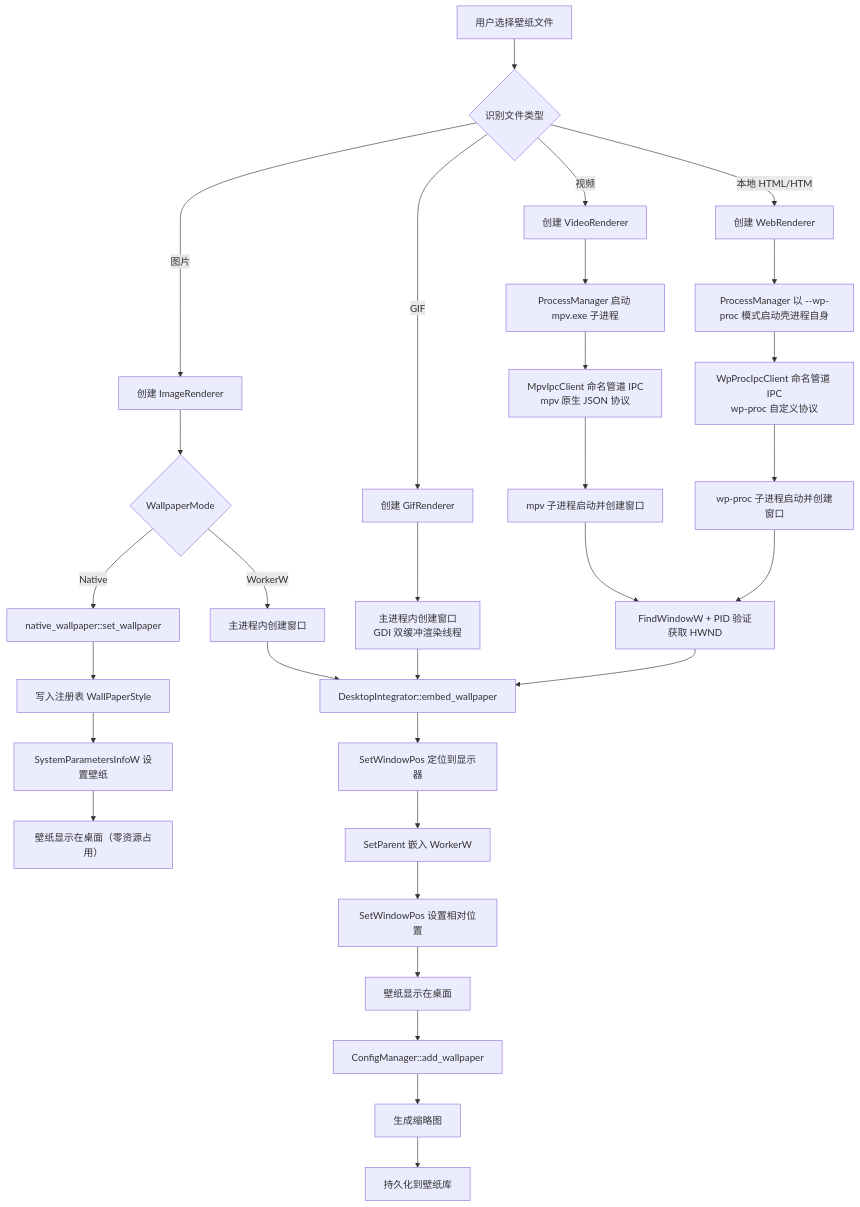
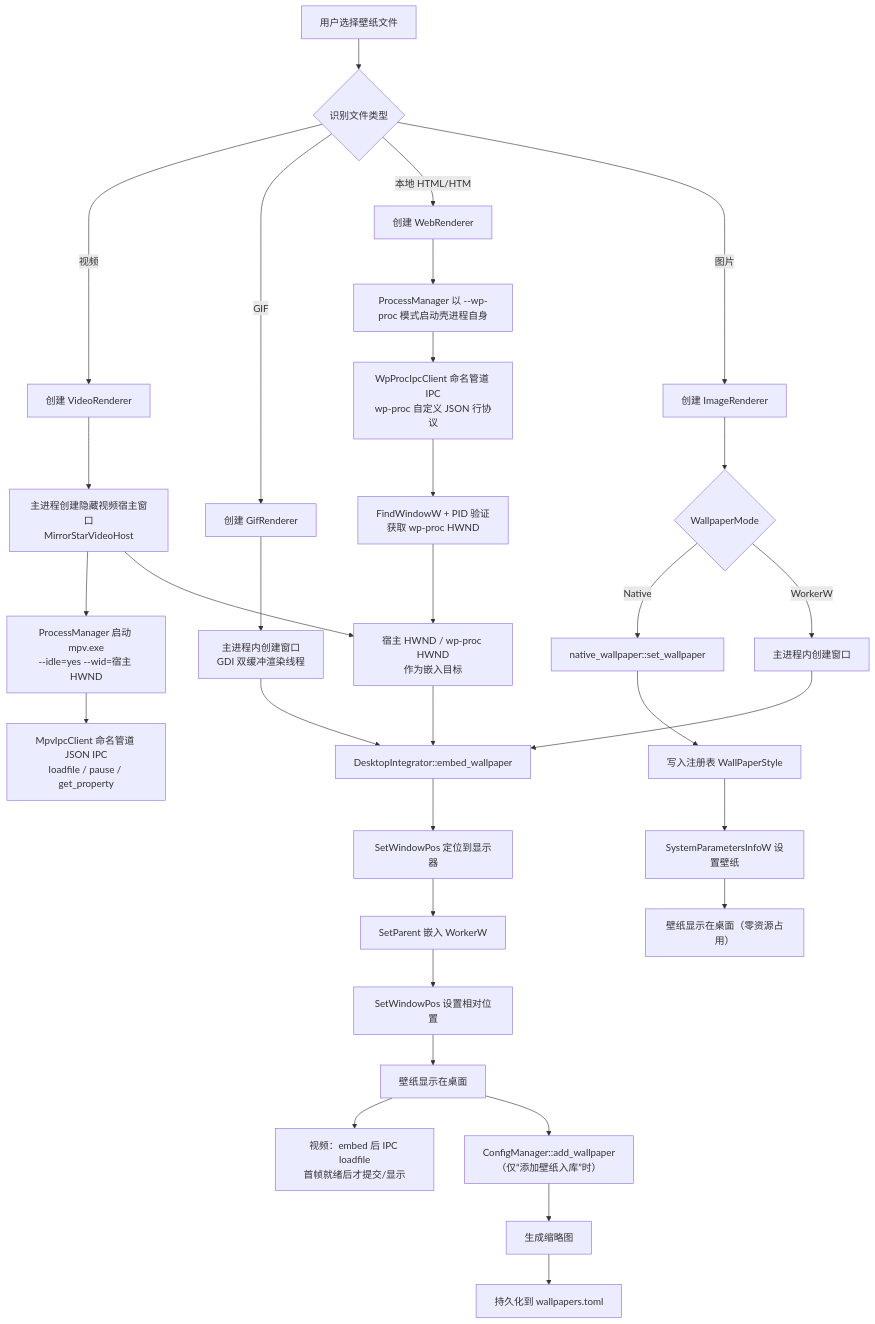
The second of 5 diagrams in docs/02-架构与技术栈/08-依赖与数据流-Dependency-and-Data-Flow.md (Wunseol/mirrorstar-wallpaper), drawn with Mermaid before and after one commit. The commit also changed other lines of this file and 36 other files, not shown here.

````diff
--- a/docs/02-架构与技术栈/08-依赖与数据流-Dependency-and-Data-Flow.md
+++ b/docs/02-架构与技术栈/08-依赖与数据流-Dependency-and-Data-Flow.md
@@ -75,40 +108,41 @@
 ```mermaid
 flowchart TD
     A[用户选择壁纸文件] --> B{识别文件类型}
     B -->|视频| C1[创建 VideoRenderer]
     B -->|GIF| C2[创建 GifRenderer]
     B -->|本地 HTML/HTM| C3[创建 WebRenderer]
     B -->|图片| C4[创建 ImageRenderer]
 
-    C1 --> D1[ProcessManager 启动 mpv.exe 子进程]
-    D1 --> D1a[MpvIpcClient 命名管道 IPC<br/>mpv 原生 JSON 协议]
+    C1 --> D1b[主进程创建隐藏视频宿主窗口<br/>MirrorStarVideoHost]
+    D1b --> D1[ProcessManager 启动 mpv.exe<br/>--idle=yes --wid=宿主 HWND]
+    D1 --> D1a[MpvIpcClient 命名管道 JSON IPC<br/>loadfile / pause / get_property]
     C3 --> D2[ProcessManager 以 --wp-proc 模式启动壳进程自身]
-    D2 --> D2a[WpProcIpcClient 命名管道 IPC<br/>wp-proc 自定义协议]
+    D2 --> D2a[WpProcIpcClient 命名管道 IPC<br/>wp-proc 自定义 JSON 行协议]
     C2 --> EW2[主进程内创建窗口<br/>GDI 双缓冲渲染线程]
     C4 --> E{WallpaperMode}
 
     E -->|Native| EN[native_wallpaper::set_wallpaper]
     EN --> EN1[写入注册表 WallPaperStyle]
     EN1 --> EN2[SystemParametersInfoW 设置壁纸]
     EN2 --> EN3[壁纸显示在桌面（零资源占用）]
 
     E -->|WorkerW| EW[主进程内创建窗口]
 
-    D1a --> F1[mpv 子进程启动并创建窗口]
-    D2a --> F2[wp-proc 子进程启动并创建窗口]
-    F1 --> G[FindWindowW + PID 验证获取 HWND]
+    D1b --> G[宿主 HWND / wp-proc HWND<br/>作为嵌入目标]
+    D2a --> F2[FindWindowW + PID 验证<br/>获取 wp-proc HWND]
     F2 --> G
 
     EW --> I[DesktopIntegrator::embed_wallpaper]
     EW2 --> I
     G --> I
 
     I --> J[SetWindowPos 定位到显示器]
     J --> L[SetParent 嵌入 WorkerW]
     L --> M[SetWindowPos 设置相对位置]
     M --> N[壁纸显示在桌面]
+    N --> N2[视频：embed 后 IPC loadfile<br/>首帧就绪后才提交/显示]
 
-    N --> O[ConfigManager::add_wallpaper]
+    N --> O[ConfigManager::add_wallpaper<br/>（仅“添加壁纸入库”时）]
     O --> P[生成缩略图]
-    P --> Q[持久化到壁纸库]
+    P --> Q[持久化到 wallpapers.toml]
 ```
````
